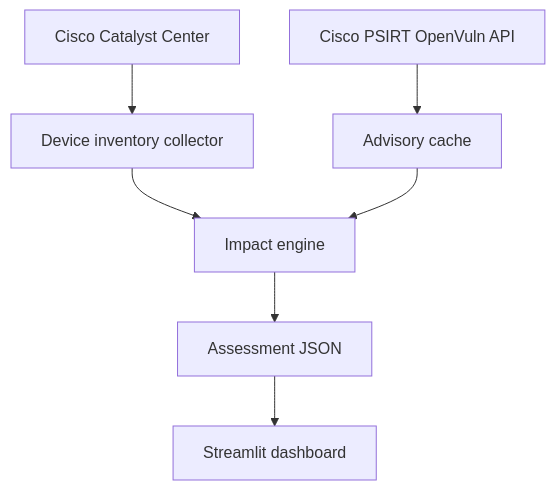
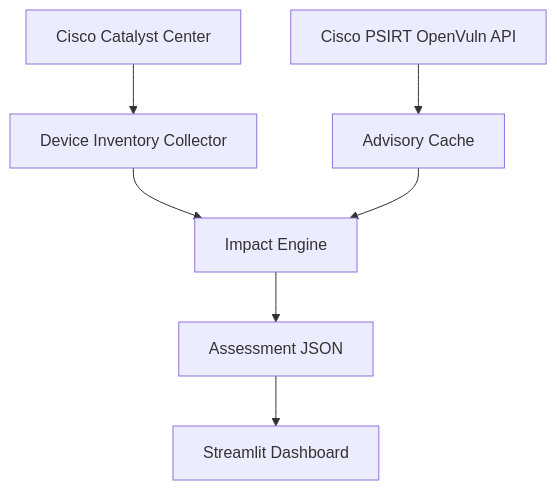
The diagram in README.md (SimarSidhu27/netguardian-mini), drawn with Mermaid before and after one commit.

Commit message:
Fix README architecture diagram

````diff
--- a/README.md
+++ b/README.md
@@ -50,9 +50,9 @@
 ```mermaid
-flowchart TD
-    A["Cisco Catalyst Center"] --> B["Device inventory collector"]
-    C["Cisco PSIRT OpenVuln API"] --> D["Advisory cache"]
-    B --> E["Impact engine"]
+graph TD
+    A[Cisco Catalyst Center] --> B[Device Inventory Collector]
+    C[Cisco PSIRT OpenVuln API] --> D[Advisory Cache]
+    B --> E[Impact Engine]
     D --> E
-    E --> F["Assessment JSON"]
-    F --> G["Streamlit dashboard"]
+    E --> F[Assessment JSON]
+    F --> G[Streamlit Dashboard]
 ```
````
